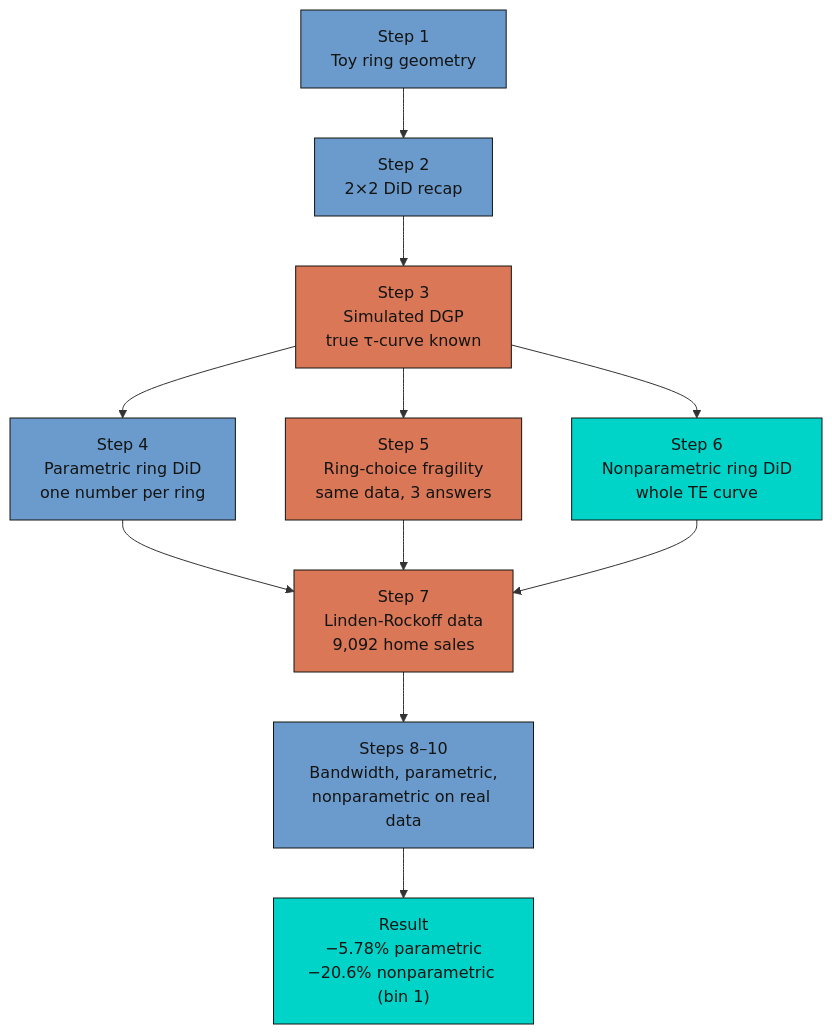
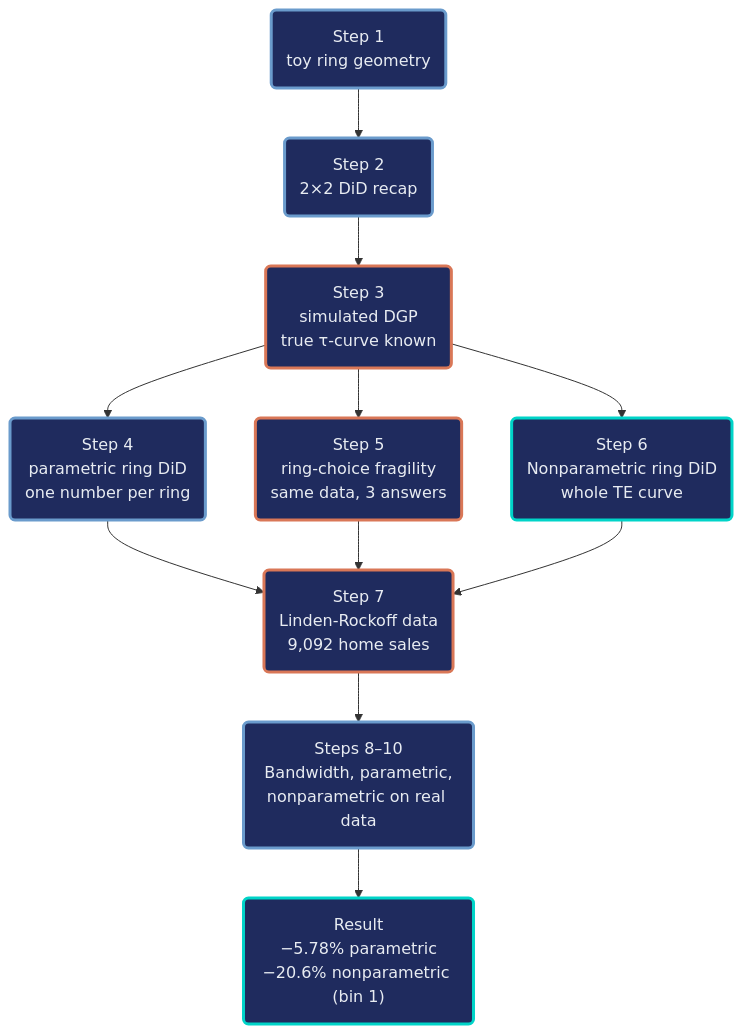
The diagram in content/post/r_did_ring/index.md (cmg777/starter-academic-v501), drawn with Mermaid before and after one commit. The commit also changed 13 other files, not shown here.

First line of the commit message:
content(mermaid): restyle flowcharts in R posts

````diff
--- a/content/post/r_did_ring/index.md
+++ b/content/post/r_did_ring/index.md
@@ -204,22 +204,19 @@
 ```mermaid
 flowchart TD
-  A["Step 1<br/>Toy ring geometry"] --> B["Step 2<br/>2×2 DiD recap"]
-  B --> C["Step 3<br/>Simulated DGP<br/>true τ-curve known"]
-  C --> D["Step 4<br/>Parametric ring DiD<br/>one number per ring"]
-  C --> E["Step 5<br/>Ring-choice fragility<br/>same data, 3 answers"]
-  C --> F["Step 6<br/>Nonparametric ring DiD<br/>whole TE curve"]
-  D --> G["Step 7<br/>Linden-Rockoff data<br/>9,092 home sales"]
+  A("Step 1<br/>toy ring geometry") --> B("Step 2<br/>2×2 DiD recap")
+  B --> C("Step 3<br/>simulated DGP<br/>true τ-curve known")
+  C --> D("Step 4<br/>parametric ring DiD<br/>one number per ring")
+  C --> E("Step 5<br/>ring-choice fragility<br/>same data, 3 answers")
+  C --> F("Step 6<br/>Nonparametric ring DiD<br/>whole TE curve")
+  D --> G("Step 7<br/>Linden-Rockoff data<br/>9,092 home sales")
   E --> G
   F --> G
-  G --> H["Steps 8–10<br/>Bandwidth, parametric,<br/>nonparametric on real data"]
-  H --> I["Result<br/>−5.78% parametric<br/>−20.6% nonparametric (bin 1)"]
-  style A fill:#6a9bcc,stroke:#141413,color:#141413
-  style B fill:#6a9bcc,stroke:#141413,color:#141413
-  style C fill:#d97757,stroke:#141413,color:#141413
-  style D fill:#6a9bcc,stroke:#141413,color:#141413
-  style E fill:#d97757,stroke:#141413,color:#141413
-  style F fill:#00d4c8,stroke:#141413,color:#141413
-  style G fill:#d97757,stroke:#141413,color:#141413
-  style H fill:#6a9bcc,stroke:#141413,color:#141413
-  style I fill:#00d4c8,stroke:#141413,color:#141413
+  G --> H("Steps 8–10<br/>Bandwidth, parametric,<br/>nonparametric on real data")
+  H --> I("Result<br/>−5.78% parametric<br/>−20.6% nonparametric (bin 1)")
+    classDef blue fill:#1f2b5e,stroke:#6a9bcc,stroke-width:3px,color:#e8ecf2
+    classDef orange fill:#1f2b5e,stroke:#d97757,stroke-width:3px,color:#e8ecf2
+    classDef teal fill:#1f2b5e,stroke:#00d4c8,stroke-width:3px,color:#e8ecf2
+    class A,B,D,H blue
+    class C,E,G orange
+    class F,I teal
 ```
````
